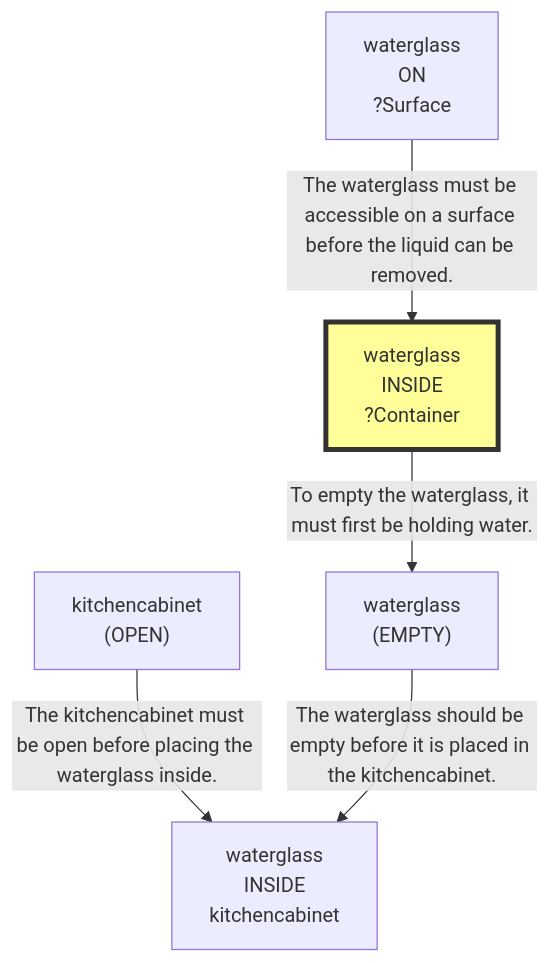
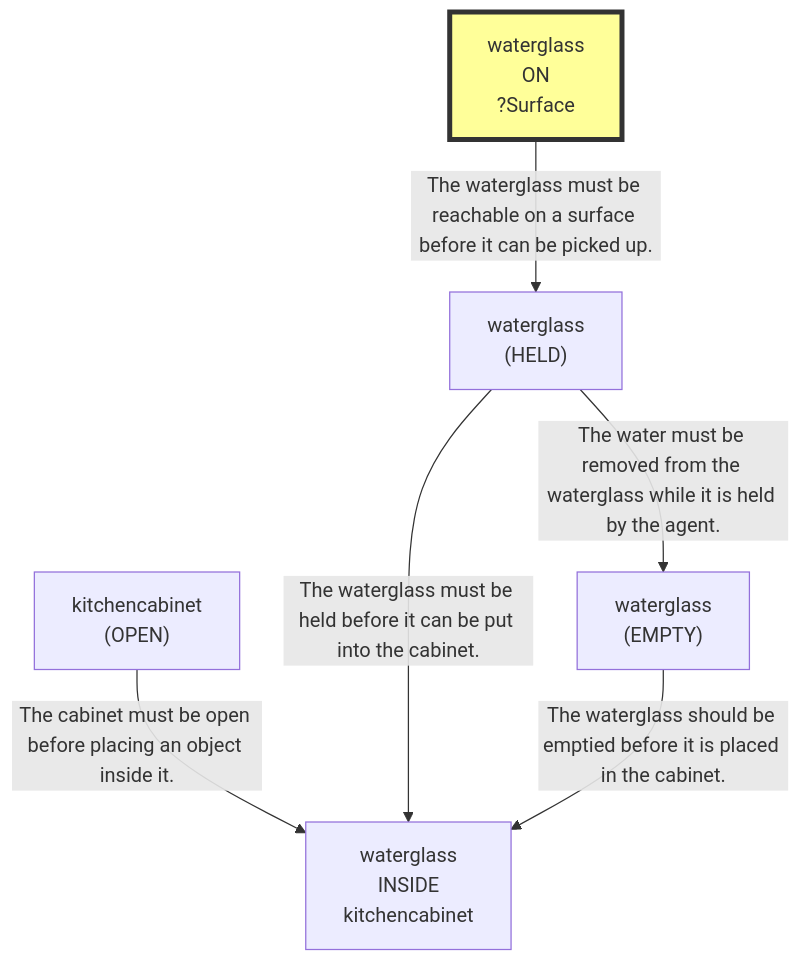
The second of 3 diagrams in evaluation/results/table1/_raw/robostate/run_T1_INST_G1_05_vague.md (scuama/virtualhome), drawn with Mermaid before and after one commit. The commit also changed other lines of this file and 46 other files, not shown here.

````diff
--- a/evaluation/results/table1/_raw/robostate/run_T1_INST_G1_05_vague.md
+++ b/evaluation/results/table1/_raw/robostate/run_T1_INST_G1_05_vague.md
@@ -178,13 +184,14 @@
 ```mermaid
 graph TD
-    N1["waterglass<br>INSIDE<br>?Container"]
+    N1["waterglass<br>ON<br>?Surface"]
     style N1 fill:#ff9,stroke:#333,stroke-width:4px
-    N2["waterglass<br>ON<br>?Surface"]
-    N3["waterglass<br>(EMPTY)"]
+    N2["waterglass<br>(HELD)"]
+    N3["kitchencabinet<br>(OPEN)"]
     N4["waterglass<br>INSIDE<br>kitchencabinet"]
-    N5["kitchencabinet<br>(OPEN)"]
-    N1 -->|"To empty the waterglass, it must first be holding water."| N3
-    N2 -->|"The waterglass must be accessible on a surface before the liquid can be removed."| N1
-    N5 -->|"The kitchencabinet must be open before placing the waterglass inside."| N4
-    N3 -->|"The waterglass should be empty before it is placed in the kitchencabinet."| N4
+    N5["waterglass<br>(EMPTY)"]
+    N1 -->|"The waterglass must be reachable on a surface before it can be picked up."| N2
+    N2 -->|"The water must be removed from the waterglass while it is held by the agent."| N5
+    N3 -->|"The cabinet must be open before placing an object inside it."| N4
+    N2 -->|"The waterglass must be held before it can be put into the cabinet."| N4
+    N5 -->|"The waterglass should be emptied before it is placed in the cabinet."| N4
 ```
````
